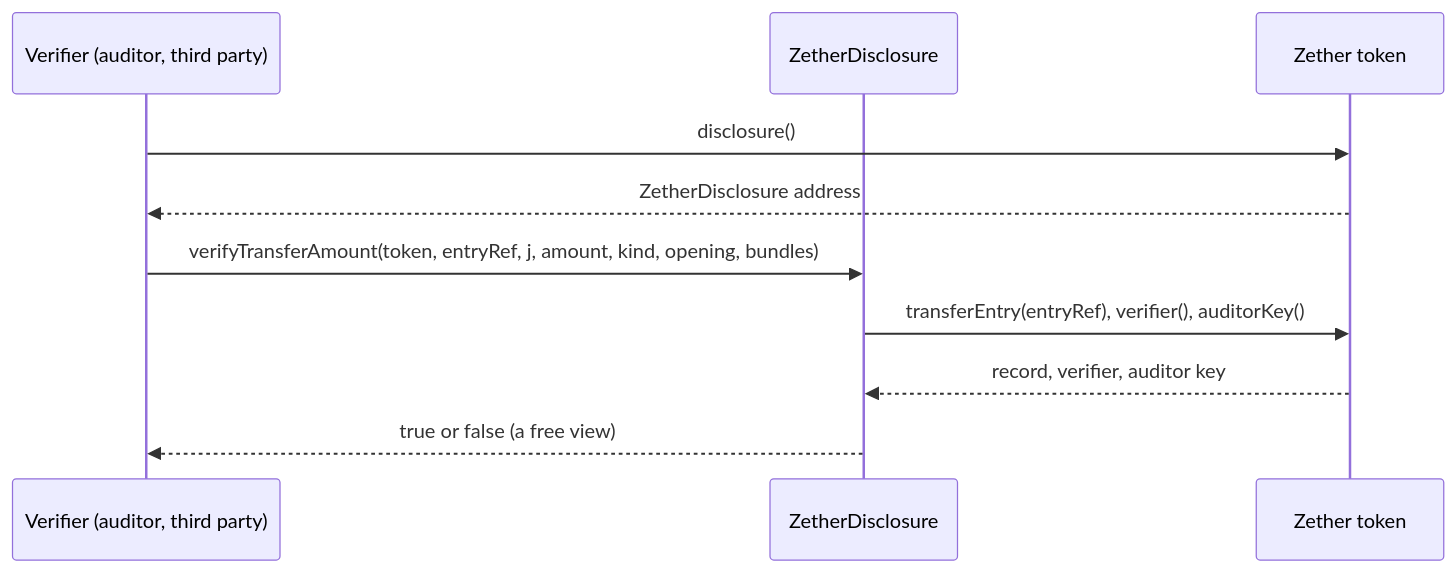
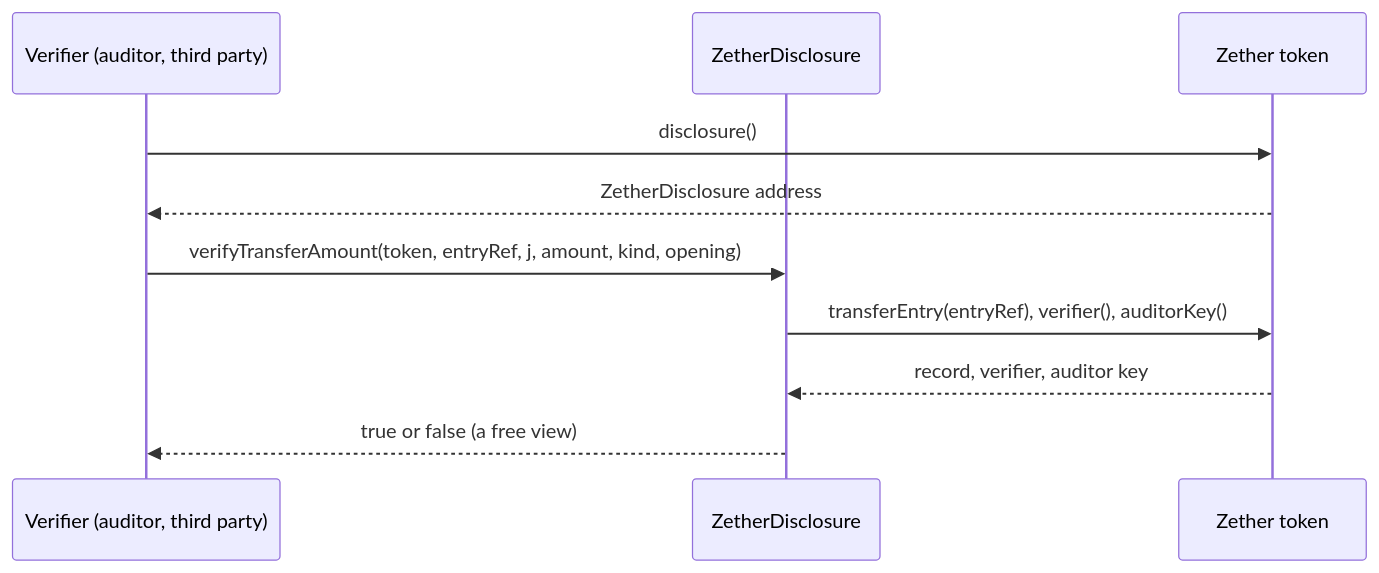
One commit to dinhduongha/scaas changed the third of 3 diagrams in docs/contracts/zether.md. Above: the diagram before and after it, drawn with Mermaid. The commit also changed other lines of this file and 39 other files, not shown here.

````diff
--- a/docs/contracts/zether.md
+++ b/docs/contracts/zether.md
@@ -948,12 +947,12 @@
 ```mermaid
 sequenceDiagram
     participant V as Verifier (auditor, third party)
     participant D as ZetherDisclosure
     participant T as Zether token
     V->>T: disclosure()
     T-->>V: ZetherDisclosure address
-    V->>D: verifyTransferAmount(token, entryRef, j, amount, kind, opening, bundles)
+    V->>D: verifyTransferAmount(token, entryRef, j, amount, kind, opening)
     D->>T: transferEntry(entryRef), verifier(), auditorKey()
     T-->>D: record, verifier, auditor key
     D-->>V: true or false (a free view)
 ```
````
